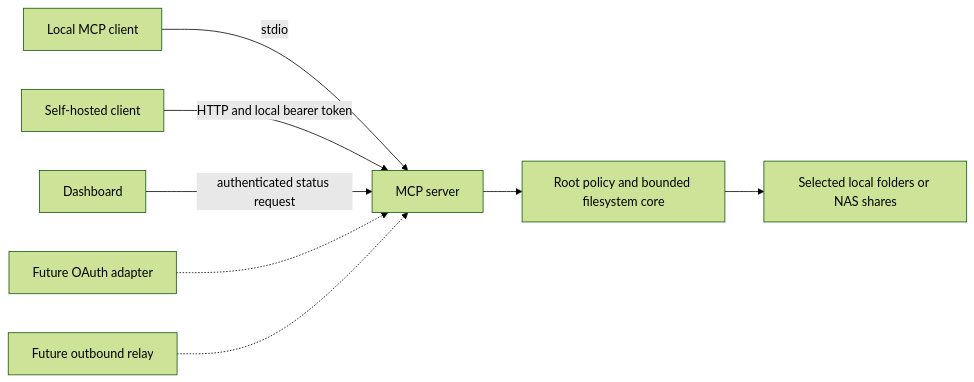
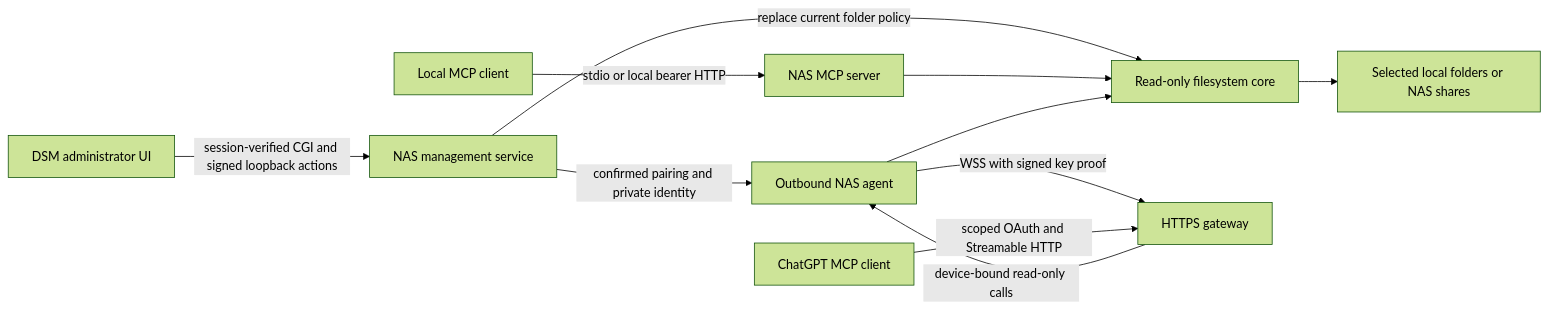
Before and after one commit to sammkoo/synology-nas-connector: the diagram in docs/architecture.md, drawn with Mermaid (forest theme). The commit also changed other lines of this file and 32 other files, not shown here.

Commit message:
Integrate administrator-confirmed NAS pairing and persistent outbound connection

````diff
--- a/docs/architecture.md
+++ b/docs/architecture.md
@@ -5,10 +5,13 @@
 ```mermaid
 flowchart LR
-  A[Local MCP client] -->|stdio| B[MCP server]
-  C[Self-hosted client] -->|HTTP and local bearer token| B
-  D[Dashboard] -->|authenticated status request| B
-  B --> E[Root policy and bounded filesystem core]
+  A[Local MCP client] -->|stdio or local bearer HTTP| B[NAS MCP server]
+  D[DSM administrator UI] -->|session-verified CGI and signed loopback actions| M[NAS management service]
+  M -->|replace current folder policy| E[Read-only filesystem core]
+  M -->|confirmed pairing and private identity| N[Outbound NAS agent]
+  B --> E
+  N -->|WSS with signed key proof| G[HTTPS gateway]
+  C[ChatGPT MCP client] -->|scoped OAuth and Streamable HTTP| G
+  G -->|device-bound read-only calls| N
+  N --> E
   E --> F[Selected local folders or NAS shares]
-  G[Future OAuth adapter] -.-> B
-  H[Future outbound relay] -.-> B
 ```
````
